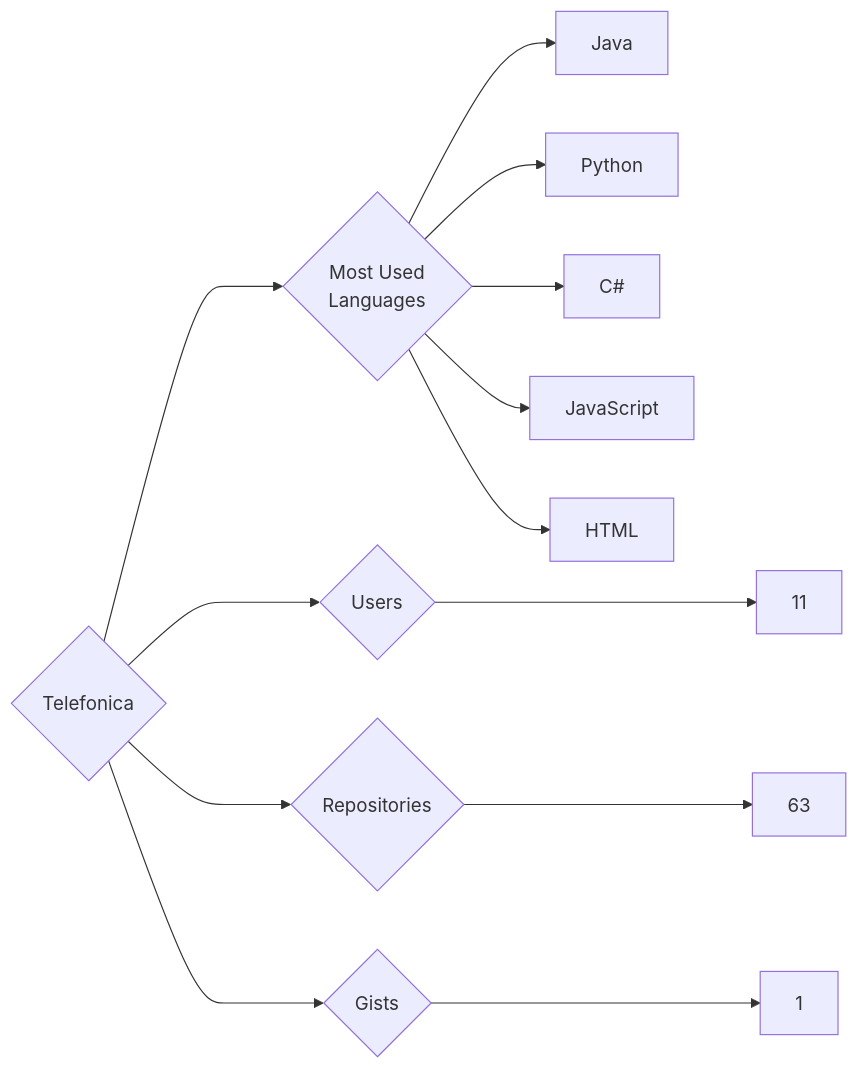
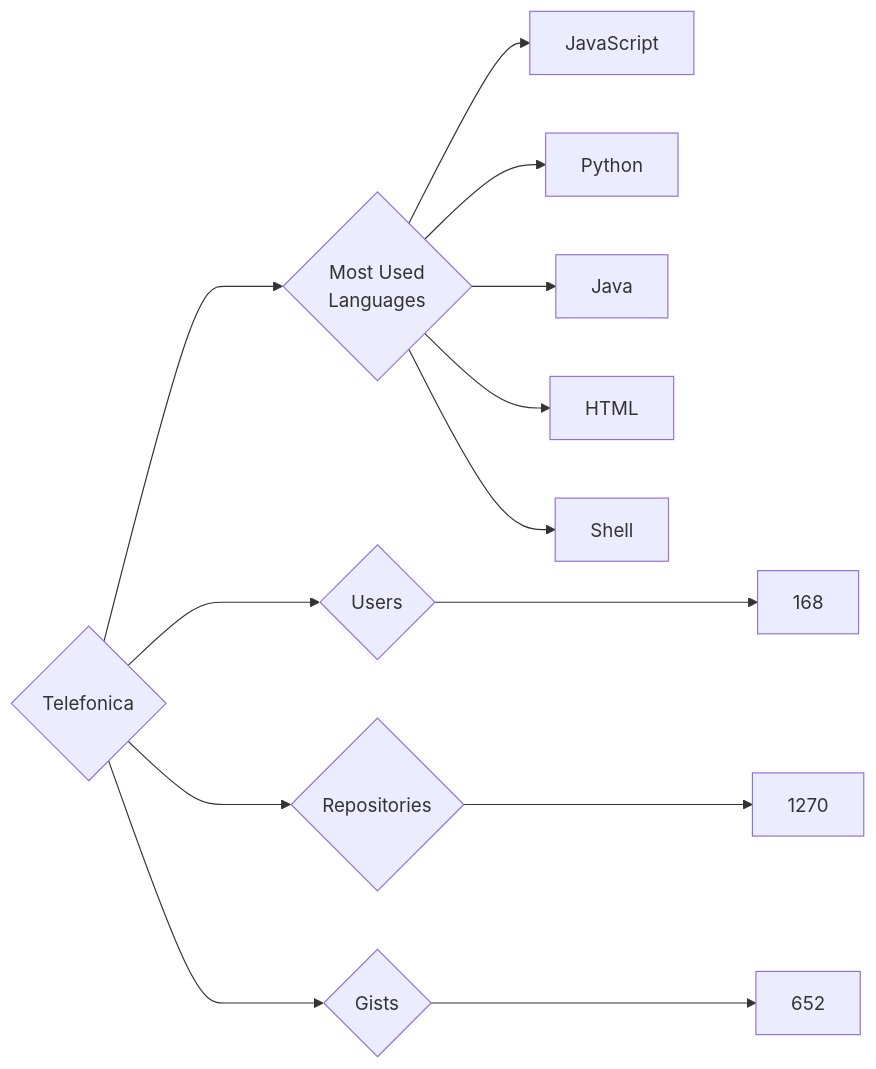
The diagram in targets/Telefonica/README.md (trickest/insiders), drawn with Mermaid before and after one commit. The commit also changed 796 other files, not shown here.

````diff
--- a/targets/Telefonica/README.md
+++ b/targets/Telefonica/README.md
@@ -3,13 +3,13 @@
 ```mermaid
 graph LR
 COMPANY_NAME{Telefonica}
-COMPANY_NAME ---> U{Users} ---> UN[11]
-COMPANY_NAME ---> R{Repositories} ---> RN[63]
-COMPANY_NAME ---> G{Gists} ---> GN[1]
+COMPANY_NAME ---> U{Users} ---> UN[168]
+COMPANY_NAME ---> R{Repositories} ---> RN[1270]
+COMPANY_NAME ---> G{Gists} ---> GN[652]
 COMPANY_NAME ---> ML{Most Used<br>Languages}
+ML --> JavaScript[JavaScript]
+ML --> Python[Python]
 ML --> Java[Java]
-ML --> Python[Python]
-ML --> C#[C#]
-ML --> JavaScript[JavaScript]
 ML --> HTML[HTML]
+ML --> Shell[Shell]
 ```
````
